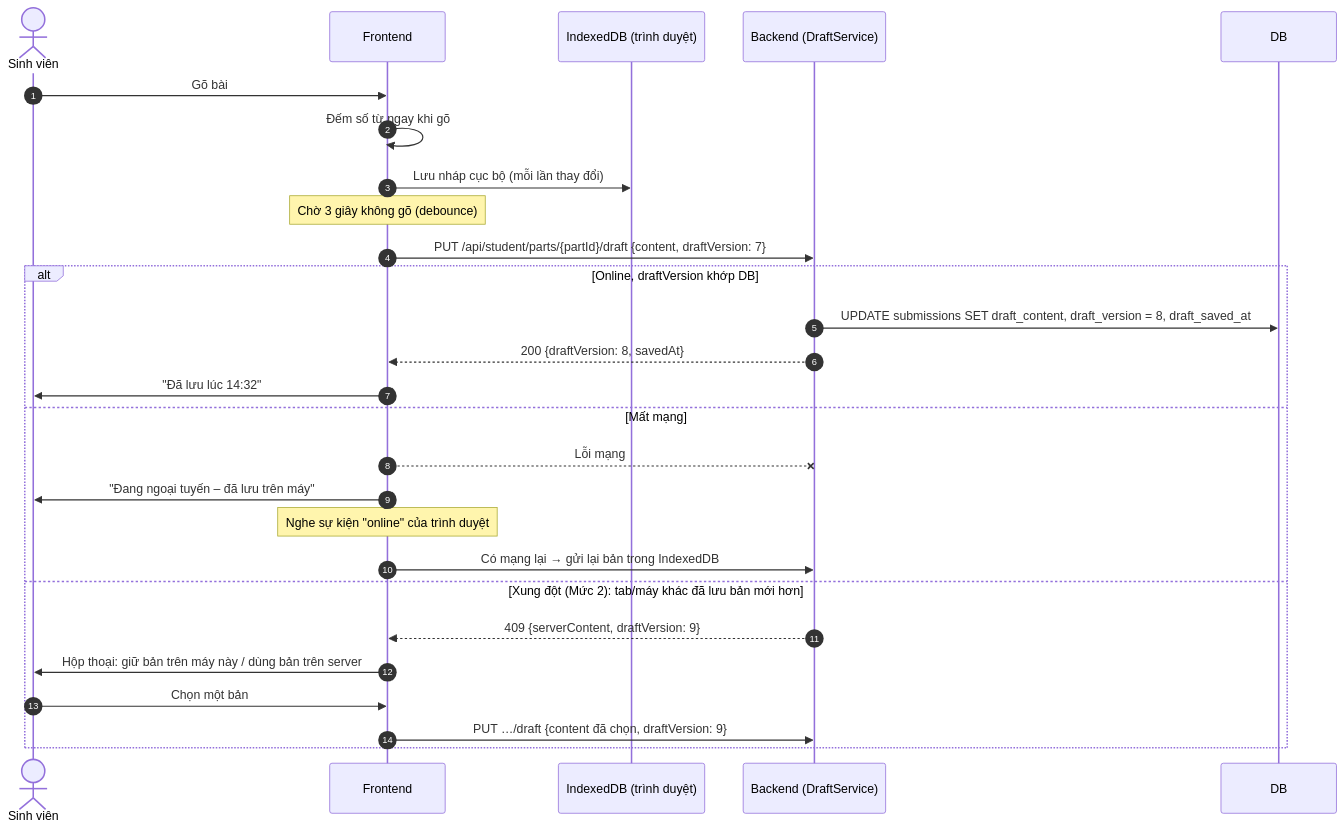
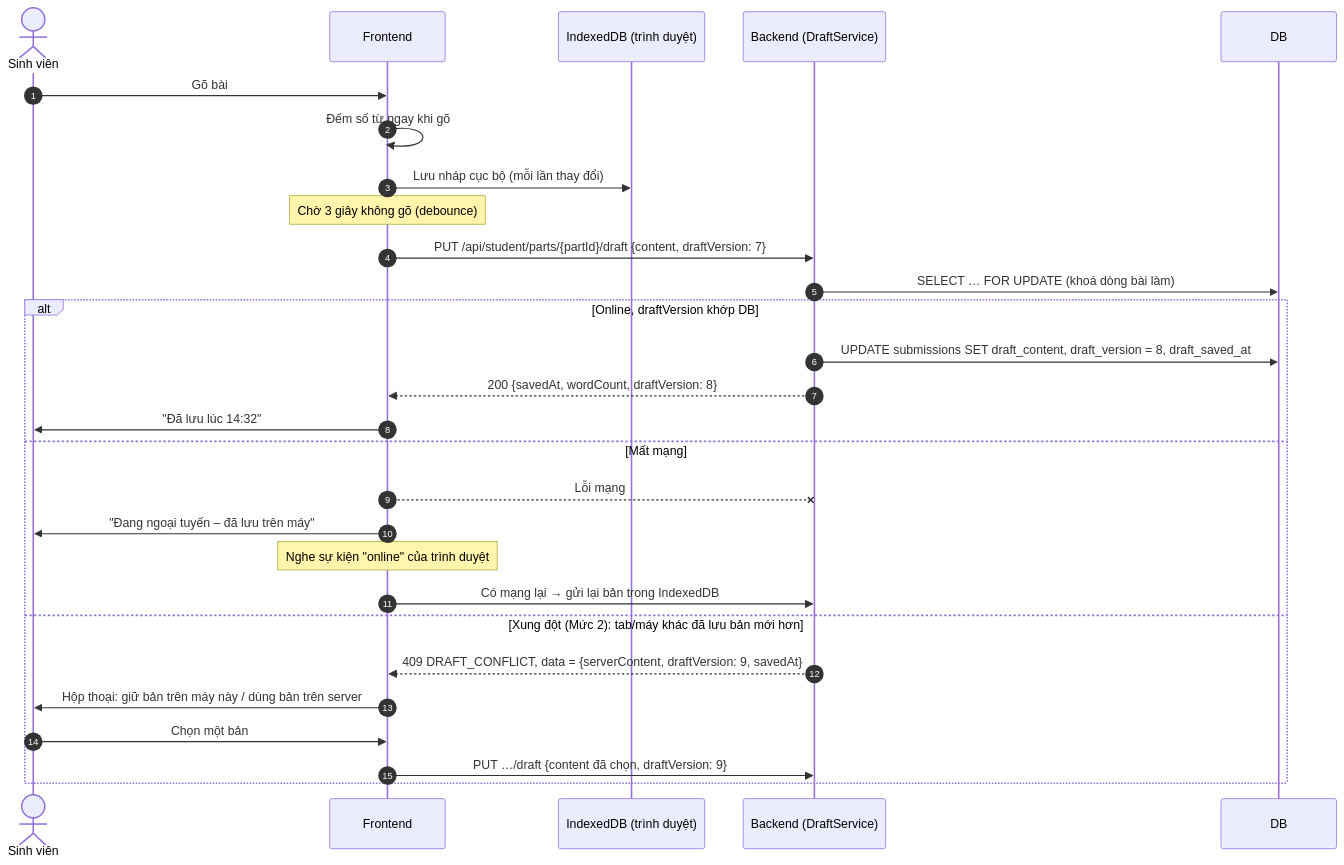
The sixth of 13 diagrams in docs/03-sequence.md (duckkthoi/ielts-system), drawn with Mermaid before and after one commit. The commit also changed other lines of this file and 155 other files, not shown here.

````diff
--- a/docs/03-sequence.md
+++ b/docs/03-sequence.md
@@ -258,30 +272,31 @@
 ```mermaid
 sequenceDiagram
     autonumber
     actor SV as Sinh viên
     participant FE as Frontend
     participant IDB as IndexedDB (trình duyệt)
     participant B as Backend (DraftService)
     participant DB as DB
 
     SV->>FE: Gõ bài
     FE->>FE: Đếm số từ ngay khi gõ
     FE->>IDB: Lưu nháp cục bộ (mỗi lần thay đổi)
     Note over FE: Chờ 3 giây không gõ (debounce)
     FE->>B: PUT /api/student/parts/{partId}/draft {content, draftVersion: 7}
+    B->>DB: SELECT … FOR UPDATE (khoá dòng bài làm)
     alt Online, draftVersion khớp DB
         B->>DB: UPDATE submissions SET draft_content, draft_version = 8, draft_saved_at
-        B-->>FE: 200 {draftVersion: 8, savedAt}
+        B-->>FE: 200 {savedAt, wordCount, draftVersion: 8}
         FE->>SV: "Đã lưu lúc 14:32"
     else Mất mạng
         FE--xB: Lỗi mạng
         FE->>SV: "Đang ngoại tuyến – đã lưu trên máy"
         Note over FE: Nghe sự kiện "online" của trình duyệt
         FE->>B: Có mạng lại → gửi lại bản trong IndexedDB
     else Xung đột (Mức 2): tab/máy khác đã lưu bản mới hơn
-        B-->>FE: 409 {serverContent, draftVersion: 9}
+        B-->>FE: 409 DRAFT_CONFLICT, data = {serverContent, draftVersion: 9, savedAt}
         FE->>SV: Hộp thoại: giữ bản trên máy này / dùng bản trên server
         SV->>FE: Chọn một bản
         FE->>B: PUT …/draft {content đã chọn, draftVersion: 9}
     end
 ```
````
